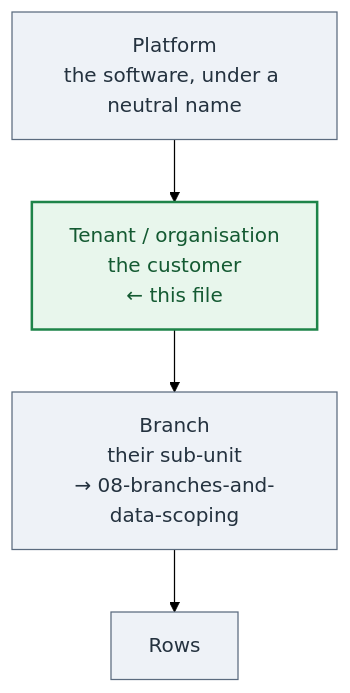
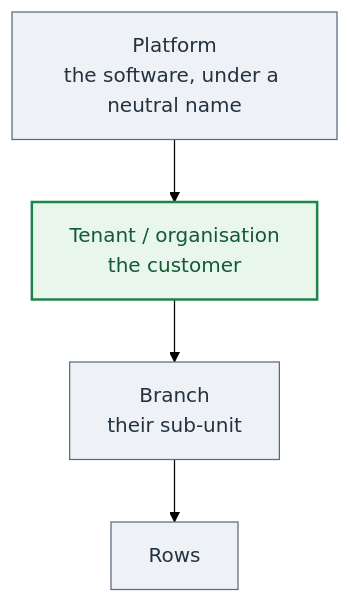
Before and after one commit to paulmorrishill/DecentWebArchitecture: the first of 3 diagrams in docs/31-multi-tenancy.md, drawn with Mermaid (forest theme). The commit also changed other lines of this file and 2 other files, not shown here.

````diff
--- a/docs/31-multi-tenancy.md
+++ b/docs/31-multi-tenancy.md
@@ -13,12 +12,12 @@
 ```mermaid
 flowchart TD
     P["Platform<br/>the software, under a neutral name"]
-    T["Tenant / organisation<br/>the customer<br/>← this file"]
-    B["Branch<br/>their sub-unit<br/>→ 08-branches-and-data-scoping"]
+    T["Tenant / organisation<br/>the customer"]
+    B["Branch<br/>their sub-unit"]
     R["Rows"]
     P --> T --> B --> R
     classDef other fill:#eef2f7,stroke:#5b6b7f,color:#24323f;
     classDef here fill:#e8f6ec,stroke:#1e8449,stroke-width:2px,color:#145a32;
     class P,B,R other;
     class T here;
 ```
````
